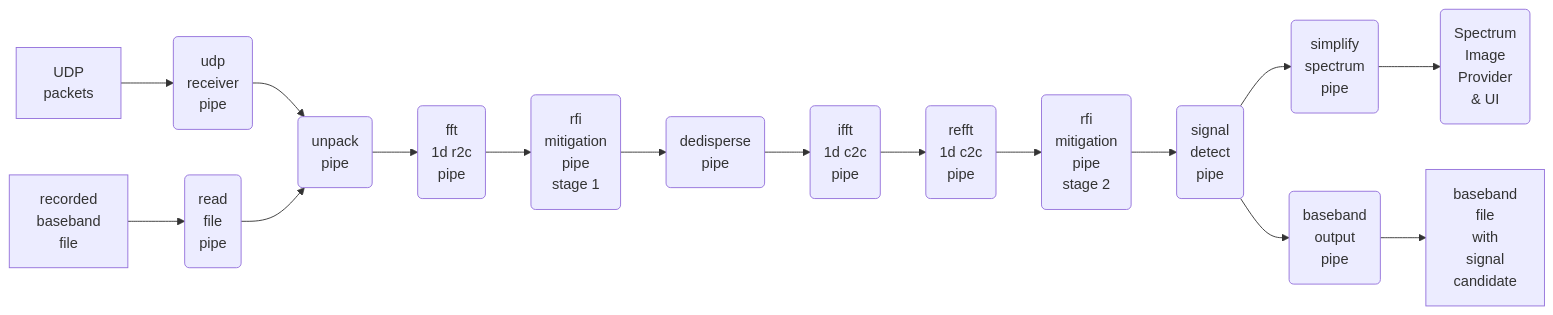
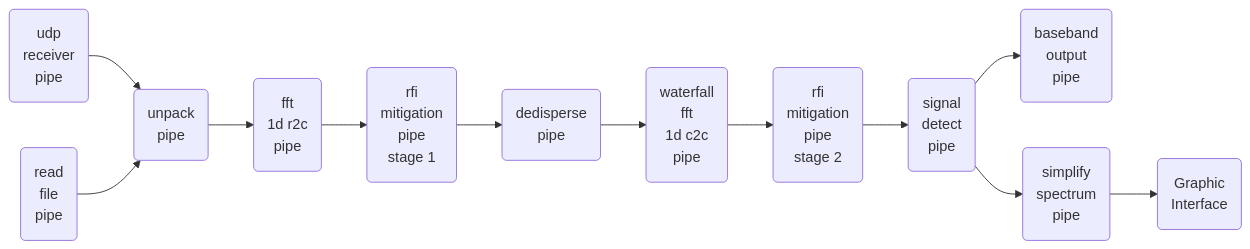
One commit to fxzjshm/simple-radio-telescope-backend changed the first of 2 diagrams in README.md. Above: the diagram before and after it, drawn with Mermaid. The commit also changed other lines of this file and 1 other file, not shown here.

Commit message:
[userspace] doc: update README.md
* add picture of new spectrum image provider
* update pipeline structure

````diff
--- a/README.md
+++ b/README.md
@@ -27,27 +36,23 @@
 ```mermaid
 graph LR;
-  UDP_packets[UDP <br/> packets];
-  recorded_baseband_file[recorded <br/> baseband <br/> file];
   udp_receiver_pipe(udp <br/> receiver <br/> pipe);
   read_file_pipe(read <br/> file <br/> pipe);
   unpack_pipe(unpack <br/> pipe);
   fft_1d_r2c_pipe(fft <br/> 1d r2c <br/> pipe);
   rfi_mitigation_pipe_stage1(rfi <br/> mitigation <br/> pipe <br/> stage 1);
   dedisperse_pipe(dedisperse <br/> pipe);
-  ifft_1d_c2c_pipe(ifft <br/> 1d c2c <br/> pipe);
-  refft_1d_c2c_pipe(refft <br/> 1d c2c <br/> pipe);
+  watfft_1d_c2c_pipe(waterfall <br/> fft <br/> 1d c2c <br/> pipe);
   rfi_mitigation_pipe_stage2(rfi <br/> mitigation <br/> pipe <br/> stage 2);
   signal_detect_pipe(signal <br/> detect <br/> pipe);
   baseband_output_pipe(baseband <br/> output <br/> pipe);
   simplify_spectrum_pipe(simplify <br/> spectrum <br/> pipe);
-  SpectrumImageProvider(Spectrum <br/> Image <br/> Provider <br/> & UI);
-  baseband_file_with_signal_candidate[baseband <br/> file <br/> with <br/> signal <br/> candidate]
+  gui(Graphic <br/> Interface);
 
-  UDP_packets --> udp_receiver_pipe --> unpack_pipe;
-  recorded_baseband_file --> read_file_pipe --> unpack_pipe;
-  unpack_pipe --> fft_1d_r2c_pipe --> rfi_mitigation_pipe_stage1 --> dedisperse_pipe --> ifft_1d_c2c_pipe --> refft_1d_c2c_pipe --> rfi_mitigation_pipe_stage2 --> signal_detect_pipe;
+  udp_receiver_pipe --> unpack_pipe;
+  read_file_pipe --> unpack_pipe;
+  unpack_pipe --> fft_1d_r2c_pipe --> rfi_mitigation_pipe_stage1 --> dedisperse_pipe --> watfft_1d_c2c_pipe --> rfi_mitigation_pipe_stage2 --> signal_detect_pipe;
   signal_detect_pipe --> simplify_spectrum_pipe;
   signal_detect_pipe --> baseband_output_pipe;
-  baseband_output_pipe --> baseband_file_with_signal_candidate
-  simplify_spectrum_pipe --> SpectrumImageProvider
+  baseband_output_pipe
+  simplify_spectrum_pipe --> gui
 ```
````
